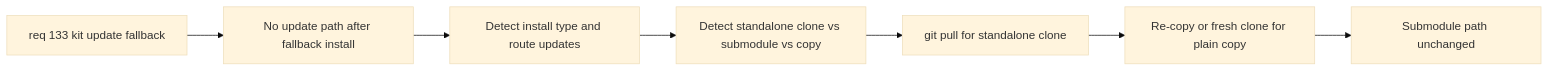
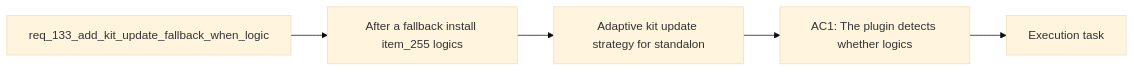
The diagram in logics/backlog/item_256_adaptive_kit_update_strategy_for_standalone_clone_vs_submodule_installs.md (AlexAgo83/logics-manager), drawn with Mermaid (base theme) before and after one commit. The commit also changed 481 other files, not shown here.

````diff
--- a/logics/backlog/item_256_adaptive_kit_update_strategy_for_standalone_clone_vs_submodule_installs.md
+++ b/logics/backlog/item_256_adaptive_kit_update_strategy_for_standalone_clone_vs_submodule_installs.md
@@ -20,11 +20,9 @@
 ```mermaid
 %% logics-kind: backlog
 %% logics-signature: backlog|adaptive-kit-update-strategy-for-standal|req-133-add-kit-update-fallback-when-log|after-a-fallback-install-item-255-logics|ac1-the-plugin-detects-whether-logics
 flowchart LR
-    Request[req 133 kit update fallback] --> Problem[No update path after fallback install]
-    Problem --> Scope[Detect install type and route updates]
-    Scope --> AC1[Detect standalone clone vs submodule vs copy]
-    AC1 --> AC2[git pull for standalone clone]
-    AC2 --> AC3[Re-copy or fresh clone for plain copy]
-    AC3 --> AC4[Submodule path unchanged]
+    Request[req_133_add_kit_update_fallback_when_logic] --> Problem[After a fallback install item_255 logics]
+    Problem --> Scope[Adaptive kit update strategy for standalon]
+    Scope --> Acceptance[AC1: The plugin detects whether logics]
+    Acceptance --> Tasks[Execution task]
 ```
````
